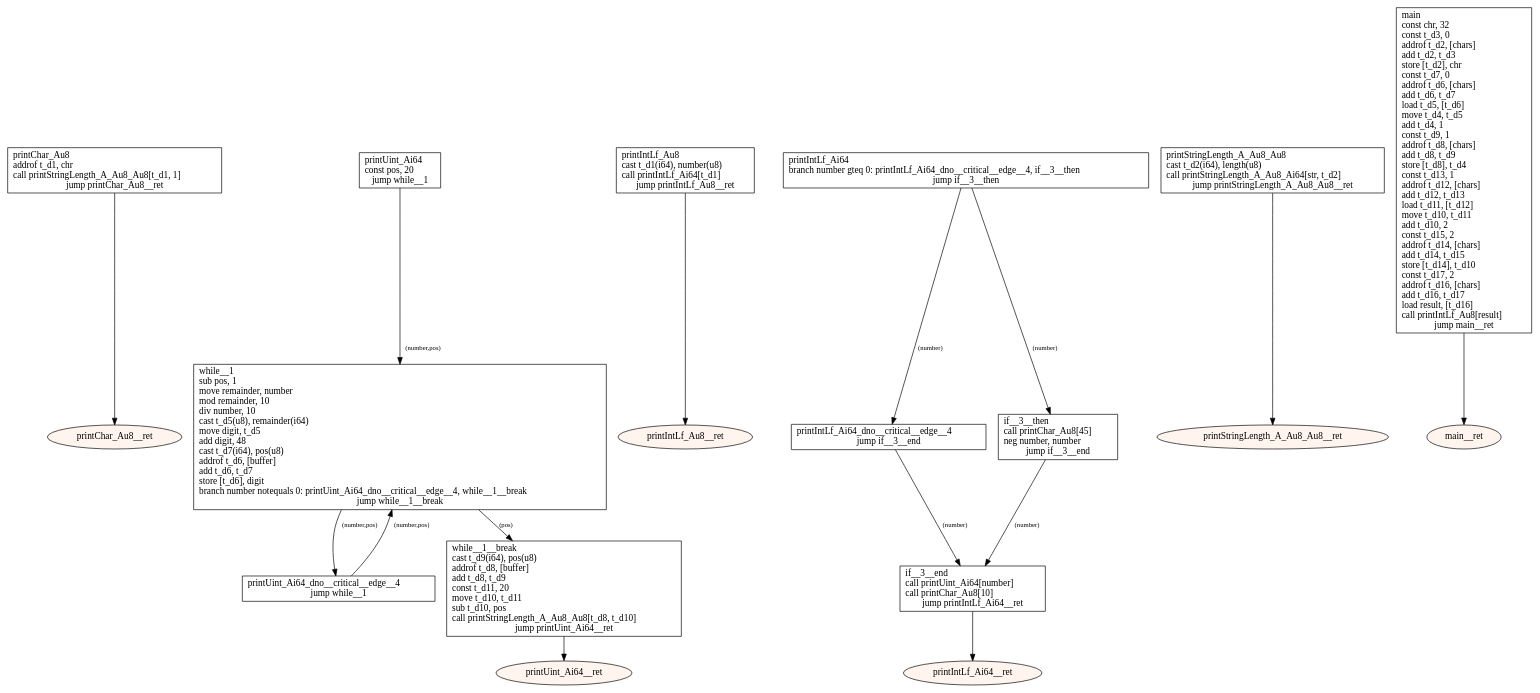
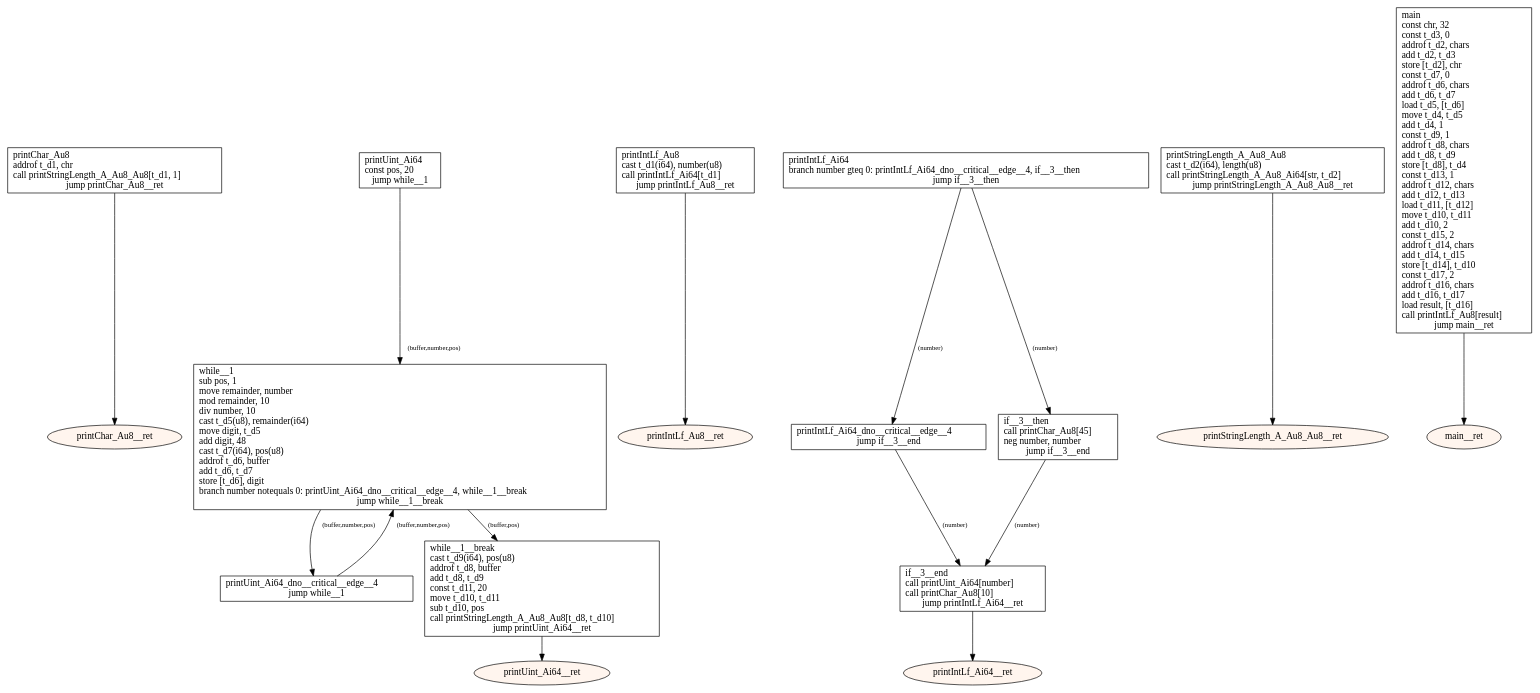
Before and after one commit to tmssngr/tinyC: the diagram in src/main/resources-test/compiler/windows/arrays.dot, drawn with Graphviz. The commit also changed 98 other files, not shown here.

```diff
--- a/src/main/resources-test/compiler/windows/arrays.dot
+++ b/src/main/resources-test/compiler/windows/arrays.dot
@@ -1,47 +1,47 @@
 digraph program {
 	edge[fontsize="10pt"];
 	subgraph fn_printChar_Au8 {
 		BasicBlock_0_printChar_Au8 [label="printChar_Au8\laddrof t_d1, chr\lcall printStringLength_A_Au8_Au8[t_d1, 1]\ljump printChar_Au8__ret",shape=box];
 		BasicBlock_0_printChar_Au8 -> BasicBlock_0_printChar_Au8__ret;
 		BasicBlock_0_printChar_Au8__ret [label="printChar_Au8__ret",shape=oval,style=filled,fillcolor="#fff5ee"];
 	}
 	subgraph fn_printUint_Ai64 {
 		BasicBlock_1_printUint_Ai64 [label="printUint_Ai64\lconst pos, 20\ljump while__1",shape=box];
-		BasicBlock_1_printUint_Ai64 -> BasicBlock_1_while__1 [label="(number,pos)"];
+		BasicBlock_1_printUint_Ai64 -> BasicBlock_1_while__1 [label="(buffer,number,pos)"];
 		BasicBlock_1_printUint_Ai64_dno__critical__edge__4 [label="printUint_Ai64_dno__critical__edge__4\ljump while__1",shape=box];
-		BasicBlock_1_printUint_Ai64_dno__critical__edge__4 -> BasicBlock_1_while__1 [label="(number,pos)"];
-		BasicBlock_1_while__1 [label="while__1\lsub pos, 1\lmove remainder, number\lmod remainder, 10\ldiv number, 10\lcast t_d5(u8), remainder(i64)\lmove digit, t_d5\ladd digit, 48\lcast t_d7(i64), pos(u8)\laddrof t_d6, [buffer]\ladd t_d6, t_d7\lstore [t_d6], digit\lbranch number notequals 0: printUint_Ai64_dno__critical__edge__4, while__1__break\ljump while__1__break",shape=box];
-		BasicBlock_1_while__1 -> BasicBlock_1_printUint_Ai64_dno__critical__edge__4 [label="(number,pos)"];
-		BasicBlock_1_while__1 -> BasicBlock_1_while__1__break [label="(pos)"];
-		BasicBlock_1_while__1__break [label="while__1__break\lcast t_d9(i64), pos(u8)\laddrof t_d8, [buffer]\ladd t_d8, t_d9\lconst t_d11, 20\lmove t_d10, t_d11\lsub t_d10, pos\lcall printStringLength_A_Au8_Au8[t_d8, t_d10]\ljump printUint_Ai64__ret",shape=box];
+		BasicBlock_1_printUint_Ai64_dno__critical__edge__4 -> BasicBlock_1_while__1 [label="(buffer,number,pos)"];
+		BasicBlock_1_while__1 [label="while__1\lsub pos, 1\lmove remainder, number\lmod remainder, 10\ldiv number, 10\lcast t_d5(u8), remainder(i64)\lmove digit, t_d5\ladd digit, 48\lcast t_d7(i64), pos(u8)\laddrof t_d6, buffer\ladd t_d6, t_d7\lstore [t_d6], digit\lbranch number notequals 0: printUint_Ai64_dno__critical__edge__4, while__1__break\ljump while__1__break",shape=box];
+		BasicBlock_1_while__1 -> BasicBlock_1_printUint_Ai64_dno__critical__edge__4 [label="(buffer,number,pos)"];
+		BasicBlock_1_while__1 -> BasicBlock_1_while__1__break [label="(buffer,pos)"];
+		BasicBlock_1_while__1__break [label="while__1__break\lcast t_d9(i64), pos(u8)\laddrof t_d8, buffer\ladd t_d8, t_d9\lconst t_d11, 20\lmove t_d10, t_d11\lsub t_d10, pos\lcall printStringLength_A_Au8_Au8[t_d8, t_d10]\ljump printUint_Ai64__ret",shape=box];
 		BasicBlock_1_while__1__break -> BasicBlock_1_printUint_Ai64__ret;
 		BasicBlock_1_printUint_Ai64__ret [label="printUint_Ai64__ret",shape=oval,style=filled,fillcolor="#fff5ee"];
 	}
 	subgraph fn_printIntLf_Au8 {
 		BasicBlock_2_printIntLf_Au8 [label="printIntLf_Au8\lcast t_d1(i64), number(u8)\lcall printIntLf_Ai64[t_d1]\ljump printIntLf_Au8__ret",shape=box];
 		BasicBlock_2_printIntLf_Au8 -> BasicBlock_2_printIntLf_Au8__ret;
 		BasicBlock_2_printIntLf_Au8__ret [label="printIntLf_Au8__ret",shape=oval,style=filled,fillcolor="#fff5ee"];
 	}
 	subgraph fn_printIntLf_Ai64 {
 		BasicBlock_3_printIntLf_Ai64 [label="printIntLf_Ai64\lbranch number gteq 0: printIntLf_Ai64_dno__critical__edge__4, if__3__then\ljump if__3__then",shape=box];
 		BasicBlock_3_printIntLf_Ai64 -> BasicBlock_3_printIntLf_Ai64_dno__critical__edge__4 [label="(number)"];
 		BasicBlock_3_printIntLf_Ai64 -> BasicBlock_3_if__3__then [label="(number)"];
 		BasicBlock_3_printIntLf_Ai64_dno__critical__edge__4 [label="printIntLf_Ai64_dno__critical__edge__4\ljump if__3__end",shape=box];
 		BasicBlock_3_printIntLf_Ai64_dno__critical__edge__4 -> BasicBlock_3_if__3__end [label="(number)"];
 		BasicBlock_3_if__3__then [label="if__3__then\lcall printChar_Au8[45]\lneg number, number\ljump if__3__end",shape=box];
 		BasicBlock_3_if__3__then -> BasicBlock_3_if__3__end [label="(number)"];
 		BasicBlock_3_if__3__end [label="if__3__end\lcall printUint_Ai64[number]\lcall printChar_Au8[10]\ljump printIntLf_Ai64__ret",shape=box];
 		BasicBlock_3_if__3__end -> BasicBlock_3_printIntLf_Ai64__ret;
 		BasicBlock_3_printIntLf_Ai64__ret [label="printIntLf_Ai64__ret",shape=oval,style=filled,fillcolor="#fff5ee"];
 	}
 	subgraph fn_printStringLength_A_Au8_Au8 {
 		BasicBlock_4_printStringLength_A_Au8_Au8 [label="printStringLength_A_Au8_Au8\lcast t_d2(i64), length(u8)\lcall printStringLength_A_Au8_Ai64[str, t_d2]\ljump printStringLength_A_Au8_Au8__ret",shape=box];
 		BasicBlock_4_printStringLength_A_Au8_Au8 -> BasicBlock_4_printStringLength_A_Au8_Au8__ret;
 		BasicBlock_4_printStringLength_A_Au8_Au8__ret [label="printStringLength_A_Au8_Au8__ret",shape=oval,style=filled,fillcolor="#fff5ee"];
 	}
 	subgraph fn_main {
-		BasicBlock_5_main [label="main\lconst chr, 32\lconst t_d3, 0\laddrof t_d2, [chars]\ladd t_d2, t_d3\lstore [t_d2], chr\lconst t_d7, 0\laddrof t_d6, [chars]\ladd t_d6, t_d7\lload t_d5, [t_d6]\lmove t_d4, t_d5\ladd t_d4, 1\lconst t_d9, 1\laddrof t_d8, [chars]\ladd t_d8, t_d9\lstore [t_d8], t_d4\lconst t_d13, 1\laddrof t_d12, [chars]\ladd t_d12, t_d13\lload t_d11, [t_d12]\lmove t_d10, t_d11\ladd t_d10, 2\lconst t_d15, 2\laddrof t_d14, [chars]\ladd t_d14, t_d15\lstore [t_d14], t_d10\lconst t_d17, 2\laddrof t_d16, [chars]\ladd t_d16, t_d17\lload result, [t_d16]\lcall printIntLf_Au8[result]\ljump main__ret",shape=box];
+		BasicBlock_5_main [label="main\lconst chr, 32\lconst t_d3, 0\laddrof t_d2, chars\ladd t_d2, t_d3\lstore [t_d2], chr\lconst t_d7, 0\laddrof t_d6, chars\ladd t_d6, t_d7\lload t_d5, [t_d6]\lmove t_d4, t_d5\ladd t_d4, 1\lconst t_d9, 1\laddrof t_d8, chars\ladd t_d8, t_d9\lstore [t_d8], t_d4\lconst t_d13, 1\laddrof t_d12, chars\ladd t_d12, t_d13\lload t_d11, [t_d12]\lmove t_d10, t_d11\ladd t_d10, 2\lconst t_d15, 2\laddrof t_d14, chars\ladd t_d14, t_d15\lstore [t_d14], t_d10\lconst t_d17, 2\laddrof t_d16, chars\ladd t_d16, t_d17\lload result, [t_d16]\lcall printIntLf_Au8[result]\ljump main__ret",shape=box];
 		BasicBlock_5_main -> BasicBlock_5_main__ret;
 		BasicBlock_5_main__ret [label="main__ret",shape=oval,style=filled,fillcolor="#fff5ee"];
 	}
 }
```
